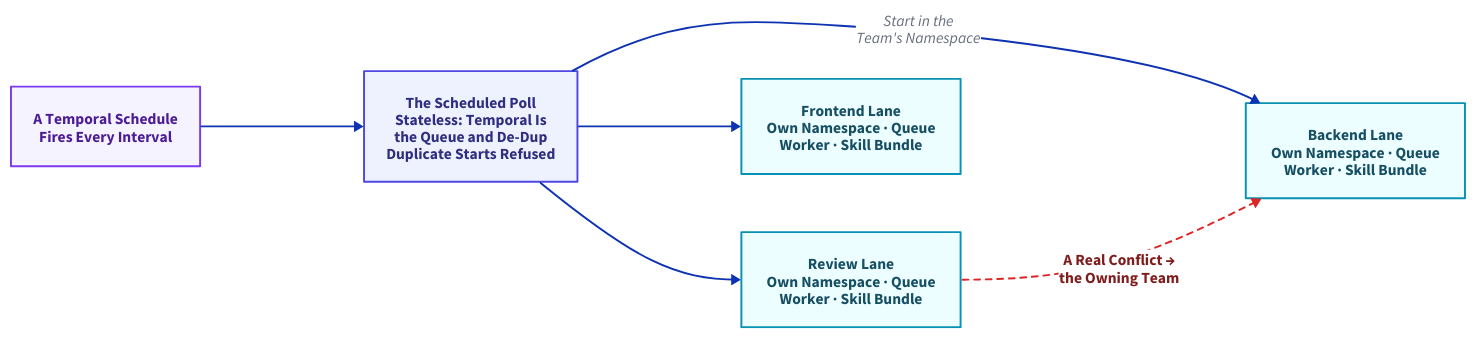
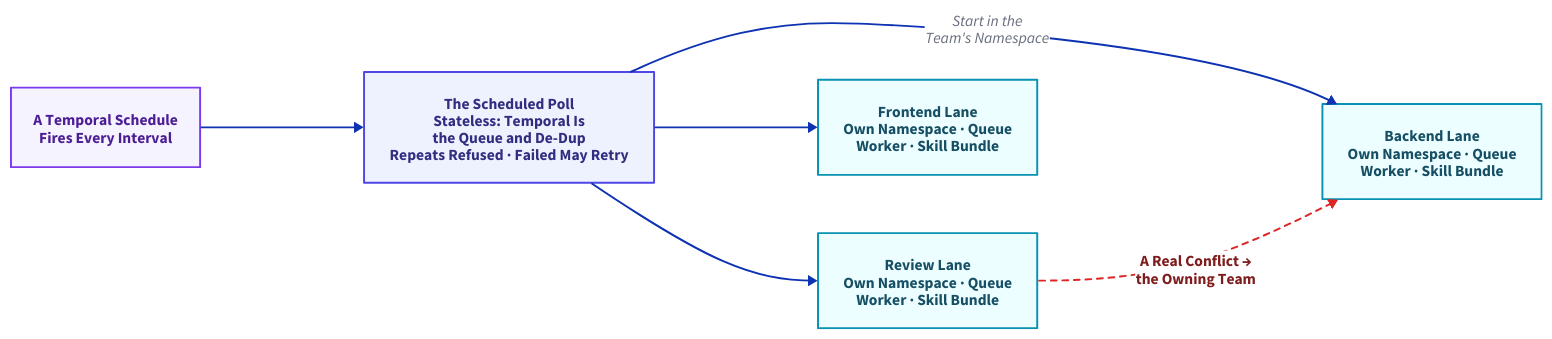
The diagram in assets/diagram-src/lanes.d2 (thumarrushik/crash-proof-team-of-coding-agents), drawn with D2 before and after one commit. The commit also changed 8 other files, not shown here.

First line of the commit message:
lanes diagram: retire the stale blanket de-dup rule from the pixels

```diff
--- a/assets/diagram-src/lanes.d2
+++ b/assets/diagram-src/lanes.d2
@@ -1,29 +1,29 @@
 # From one agent to a team of lanes. Landscape: schedule + poll fan out to
 # three team lanes; one escalation crosses from review to backend.
 direction: right
 horizontal-gap: 105
 vertical-gap: 40
 
 sched: "A Temporal Schedule\nFires Every Interval" {
   style: {fill: "#f5f3ff"; stroke: "#7c3aed"; font-color: "#4c1d95"; bold: true}
 }
-poll: "The Scheduled Poll\nStateless: Temporal Is\nthe Queue and De-Dup\nDuplicate Starts Refused" {
+poll: "The Scheduled Poll\nStateless: Temporal Is\nthe Queue and De-Dup\nRepeats Refused · Failed May Retry" {
   style: {fill: "#eef2ff"; stroke: "#4f46e5"; font-color: "#312e81"; bold: true}
 }
 backend: "Backend Lane\nOwn Namespace · Queue\nWorker · Skill Bundle" {
   style: {fill: "#ecfeff"; stroke: "#0891b2"; font-color: "#164e63"; bold: true}
 }
 review: "Review Lane\nOwn Namespace · Queue\nWorker · Skill Bundle" {
   style: {fill: "#ecfeff"; stroke: "#0891b2"; font-color: "#164e63"; bold: true}
 }
 frontend: "Frontend Lane\nOwn Namespace · Queue\nWorker · Skill Bundle" {
   style: {fill: "#ecfeff"; stroke: "#0891b2"; font-color: "#164e63"; bold: true}
 }
 
 sched -> poll
 poll -> backend: "Start in the\nTeam's Namespace"
 poll -> review
 poll -> frontend
 review -> backend: "A Real Conflict →\nthe Owning Team" {
   style: {stroke-dash: 3; stroke: "#dc2626"; font-color: "#7f1d1d"; bold: true}
 }
```
